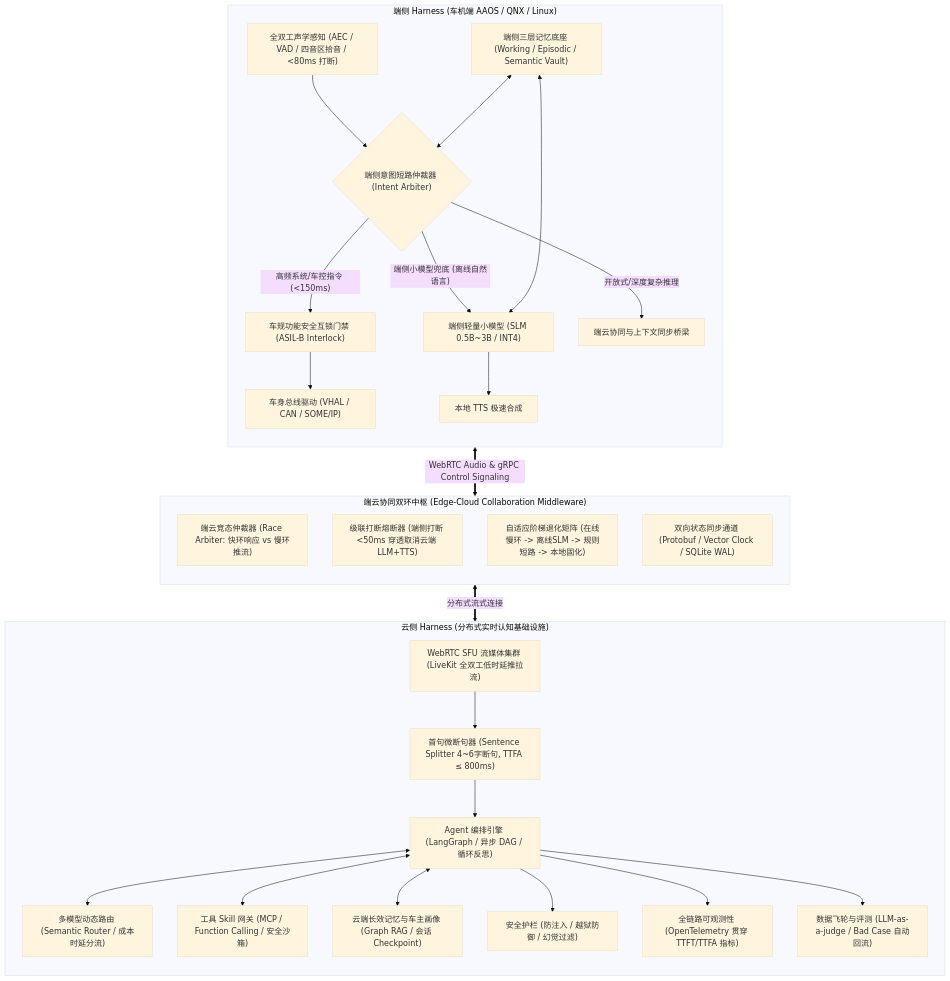
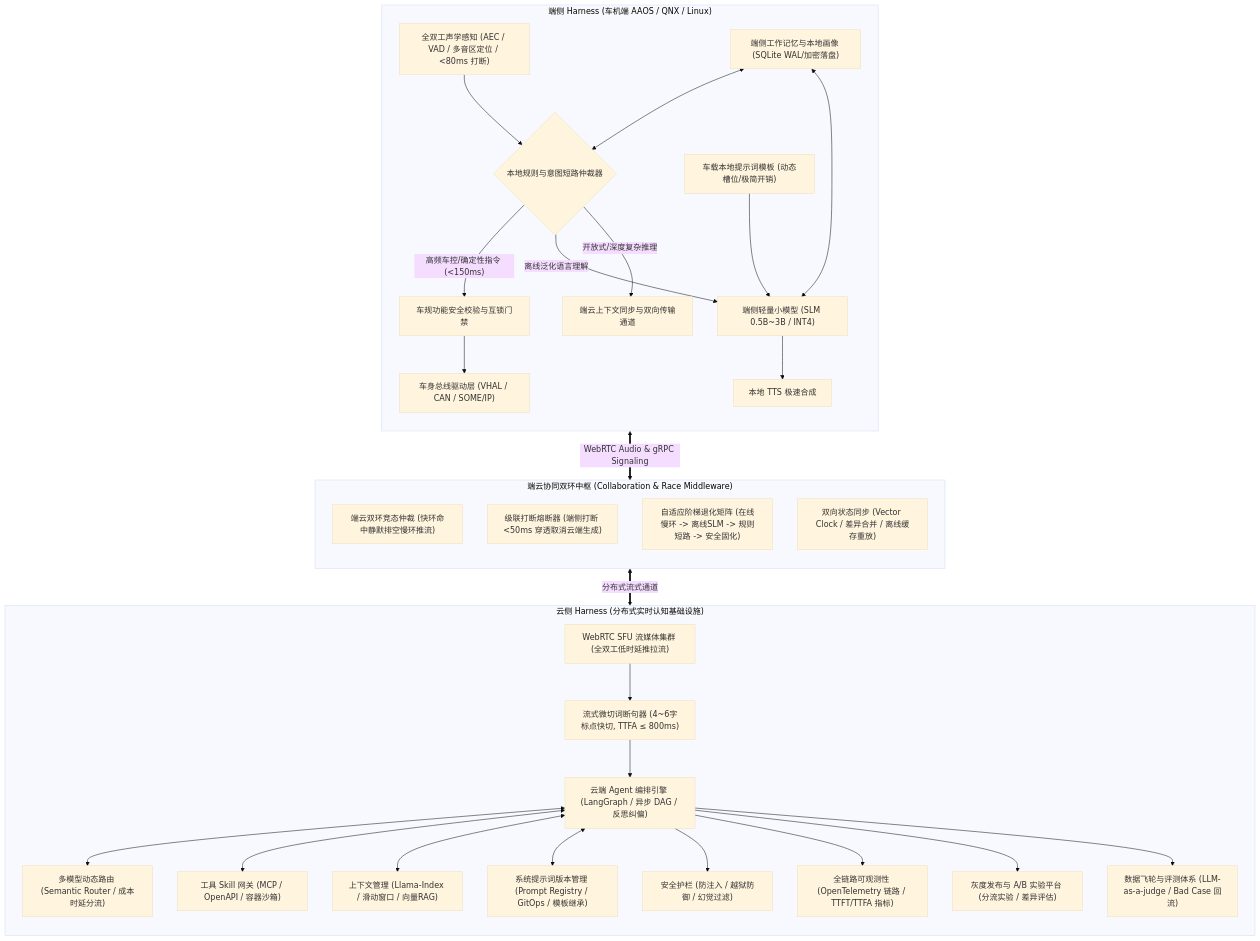
One commit to feixiao/FastAvatar changed the first of 2 diagrams in docs/ai-agent-harness-architecture.md. Above: the diagram before and after it, drawn with Mermaid (base theme). The commit also changed other lines of this file and 2 other files, not shown here.

````diff
--- a/docs/ai-agent-harness-architecture.md
+++ b/docs/ai-agent-harness-architecture.md
@@ -25,43 +47,46 @@
 ```mermaid
 flowchart TB
     subgraph Edge_Harness["端侧 Harness (车机端 AAOS / QNX / Linux)"]
         direction TB
-        Perception["全双工声学感知 (AEC / VAD / 四音区拾音 / <80ms 打断)"] --> FastArbiter{"端侧意图短路仲裁器 (Intent Arbiter)"}
+        Perception["全双工声学感知 (AEC / VAD / 多音区定位 / <80ms 打断)"] --> FastArbiter{"本地规则与意图短路仲裁器"}
         
-        FastArbiter -- "高频系统/车控指令 (<150ms)" --> InterlockGate["车规功能安全互锁门禁 (ASIL-B Interlock)"]
-        InterlockGate --> MockVHAL["车身总线驱动 (VHAL / CAN / SOME/IP)"]
+        FastArbiter -- "高频车控/确定性指令 (<150ms)" --> InterlockGate["车规功能安全校验与互锁门禁"]
+        InterlockGate --> VHAL["车身总线驱动层 (VHAL / CAN / SOME/IP)"]
         
-        FastArbiter -- "端侧小模型兜底 (离线自然语言)" --> LocalSLM["端侧轻量小模型 (SLM 0.5B~3B / INT4)"]
+        FastArbiter -- "离线泛化语言理解" --> LocalSLM["端侧轻量小模型 (SLM 0.5B~3B / INT4)"]
         LocalSLM --> LocalTTS["本地 TTS 极速合成"]
         
-        FastArbiter -- "开放式/深度复杂推理" --> EdgeSync["端云协同与上下文同步桥梁"]
+        FastArbiter -- "开放式/深度复杂推理" --> EdgeSync["端云上下文同步与双向传输通道"]
         
-        ThreeTierMem["端侧三层记忆底座 (Working / Episodic / Semantic Vault)"] <--> FastArbiter
-        ThreeTierMem <--> LocalSLM
+        LocalPrompt["车载本地提示词模板 (动态槽位/极简开销)"] --> LocalSLM
+        LocalMemory["端侧工作记忆与本地画像 (SQLite WAL/加密落盘)"] <--> FastArbiter
+        LocalMemory <--> LocalSLM
     end
 
-    subgraph Collab_Layer["端云协同双环中枢 (Edge-Cloud Collaboration Middleware)"]
+    subgraph Collab_Layer["端云协同双环中枢 (Collaboration & Race Middleware)"]
         direction TB
-        ArbiterJudge["端云竞态仲裁器 (Race Arbiter: 快环响应 vs 慢环推流)"]
-        CascadeBargeIn["级联打断熔断器 (端侧打断 <50ms 穿透取消云端 LLM+TTS)"]
-        DegradeMatrix["自适应阶梯退化矩阵 (在线慢环 -> 离线SLM -> 规则短路 -> 本地固化)"]
-        StateSync["双向状态同步通道 (Protobuf / Vector Clock / SQLite WAL)"]
+        ArbiterJudge["端云双环竞态仲裁 (快环命中静默排空慢环推流)"]
+        CascadeBargeIn["级联打断熔断器 (端侧打断 <50ms 穿透取消云端生成)"]
+        DegradeMatrix["自适应阶梯退化矩阵 (在线慢环 -> 离线SLM -> 规则短路 -> 安全固化)"]
+        StateSync["双向状态同步 (Vector Clock / 差异合并 / 离线缓存重放)"]
     end
 
     subgraph Cloud_Harness["云侧 Harness (分布式实时认知基础设施)"]
         direction TB
-        CloudSFU["WebRTC SFU 流媒体集群 (LiveKit 全双工低时延推拉流)"] --> StreamSplitter["首句微断句器 (Sentence Splitter 4~6字断句, TTFA ≤ 800ms)"]
-        StreamSplitter --> AgentOrchestrator["Agent 编排引擎 (LangGraph / 异步 DAG / 循环反思)"]
+        CloudSFU["WebRTC SFU 流媒体集群 (全双工低时延推拉流)"] --> StreamSplitter["流式微切词断句器 (4~6字标点快切, TTFA ≤ 800ms)"]
+        StreamSplitter --> AgentOrchestrator["云端 Agent 编排引擎 (LangGraph / 异步 DAG / 反思纠偏)"]
         
         AgentOrchestrator <--> ModelRouter["多模型动态路由 (Semantic Router / 成本时延分流)"]
-        AgentOrchestrator <--> SkillGateway["工具 Skill 网关 (MCP / Function Calling / 安全沙箱)"]
-        AgentOrchestrator <--> CloudMemory["云端长效记忆与车主画像 (Graph RAG / 会话 Checkpoint)"]
+        AgentOrchestrator <--> SkillGateway["工具 Skill 网关 (MCP / OpenAPI / 容器沙箱)"]
+        AgentOrchestrator <--> ContextMgr["上下文管理 (Llama-Index / 滑动窗口 / 向量RAG)"]
+        AgentOrchestrator <--> PromptRegistry["系统提示词版本管理 (Prompt Registry / GitOps / 模板继承)"]
         
         AgentOrchestrator --> SafetyGuard["安全护栏 (防注入 / 越狱防御 / 幻觉过滤)"]
-        AgentOrchestrator --> Observability["全链路可观测性 (OpenTelemetry 贯穿 TTFT/TTFA 指标)"]
-        AgentOrchestrator --> DataFlywheel["数据飞轮与评测 (LLM-as-a-judge / Bad Case 自动回流)"]
+        AgentOrchestrator --> Observability["全链路可观测性 (OpenTelemetry 链路 / TTFT/TTFA 指标)"]
+        AgentOrchestrator --> ABTesting["灰度发布与 A/B 实验平台 (分流实验 / 差异评估)"]
+        AgentOrchestrator --> DataFlywheel["数据飞轮与评测体系 (LLM-as-a-judge / Bad Case 回流)"]
     end
 
-    EdgeSync <== "WebRTC Audio & gRPC Control Signaling" ==> Collab_Layer
-    Collab_Layer <== "分布式流式连接" ==> CloudSFU
+    EdgeSync <== "WebRTC Audio & gRPC Signaling" ==> Collab_Layer
+    Collab_Layer <== "分布式流式通道" ==> CloudSFU
 ```
````
